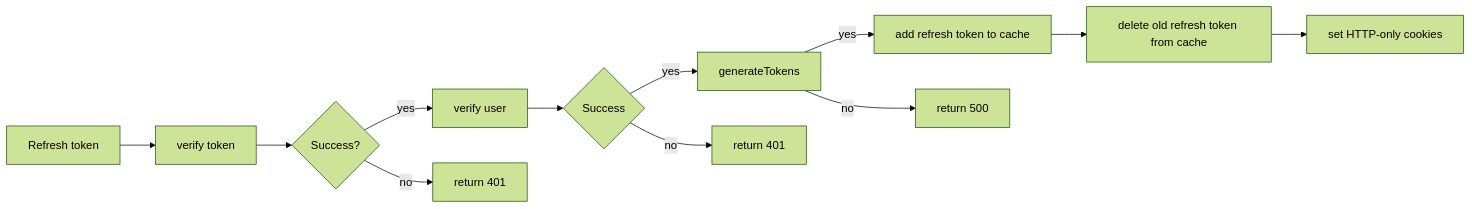
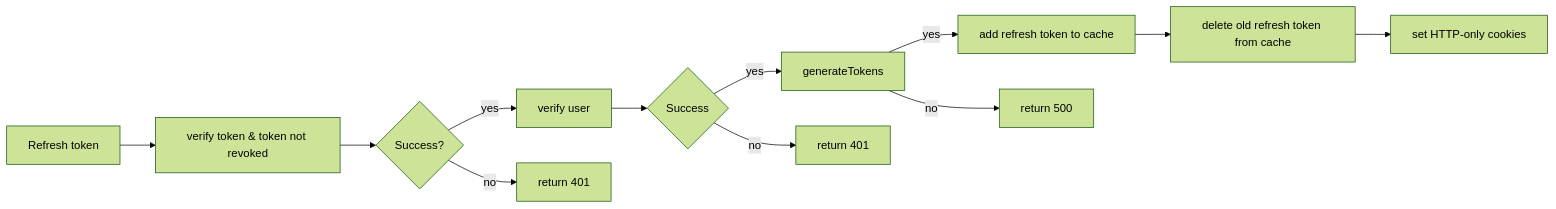
The fourth of 5 diagrams in README.md (CDLUC3/dmsp_backend_prototype), drawn with Mermaid (forest theme) before and after one commit. The commit also changed other lines of this file and 7 other files, not shown here.

````diff
--- a/README.md
+++ b/README.md
@@ -115,14 +117,14 @@
 ```mermaid
 flowchart LR;
-  a[Refresh token]-->b[verify token];
+  a[Refresh token]-->b[verify token & token not revoked];
   b-->c{Success?};
   c-->|yes| d[verify user]
   c-->|no| e[return 401]
   d-->f{Success}
   f-->|yes| g[generateTokens]
   f-->|no| h[return 401]
   g-->|yes| i[add refresh token to cache]
   i-->j[delete old refresh token from cache]
   j-->k[set HTTP-only cookies]
   g-->|no| l[return 500]
 ```
````
